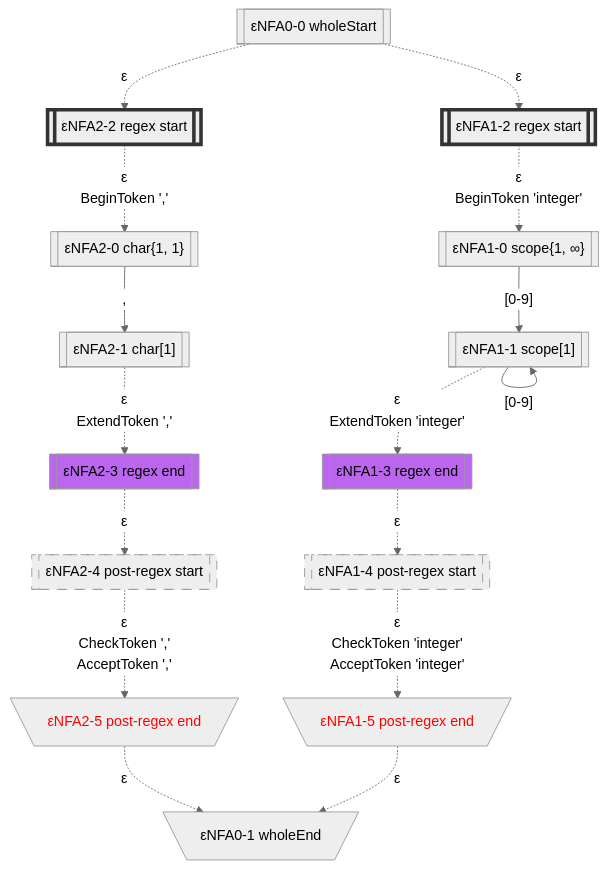
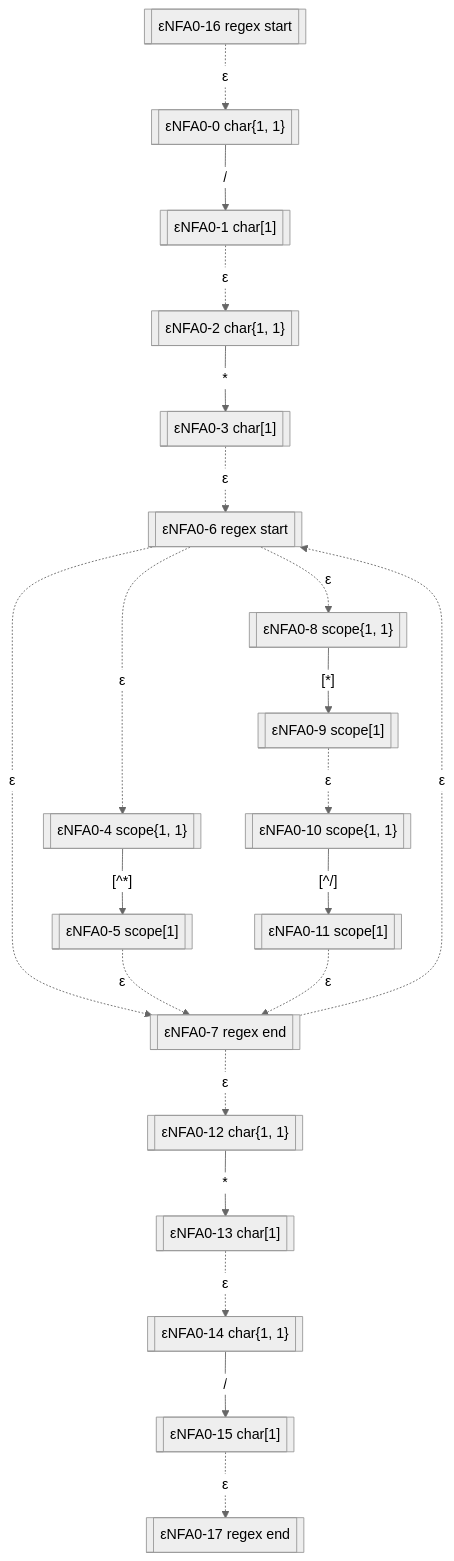
Before and after one commit to bitzhuwei/GrammarMentor: the fifth of 15 diagrams in Practices/Practice.GeneratedXxxFormat.Test/GeneratedInts2/LexicalAnalyzer/README.gen.md, drawn with Mermaid (neutral theme). The commit also changed other lines of this file and 3868 other files, not shown here.

````diff
--- a/Practices/Practice.GeneratedXxxFormat.Test/GeneratedInts2/LexicalAnalyzer/README.gen.md
+++ b/Practices/Practice.GeneratedXxxFormat.Test/GeneratedInts2/LexicalAnalyzer/README.gen.md
@@ -128,64 +126,56 @@
 ```Mermaid
 flowchart
 classDef c0001 color:#FF0000;
 classDef c0010 stroke-dasharray: 10 10;
 classDef c0011 stroke-dasharray: 10 10,color:#FF0000;
 classDef c0100 fill:#BB66EE;
 classDef c0101 fill:#BB66EE,color:#FF0000;
 classDef c0110 fill:#BB66EE,stroke-dasharray: 10 10;
 classDef c0111 fill:#BB66EE,stroke-dasharray: 10 10,color:#FF0000;
 classDef c1000 stroke:#333,stroke-width:4px;
 classDef c1001 stroke:#333,stroke-width:4px,color:#FF0000;
 classDef c1010 stroke:#333,stroke-width:4px,stroke-dasharray: 10 10;
 classDef c1011 stroke:#333,stroke-width:4px,stroke-dasharray: 10 10,color:#FF0000;
 classDef c1100 stroke:#333,stroke-width:4px,fill:#BB66EE;
 classDef c1101 stroke:#333,stroke-width:4px,fill:#BB66EE,color:#FF0000;
 classDef c1110 stroke:#333,stroke-width:4px,fill:#BB66EE,stroke-dasharray: 10 10;
 classDef c1111 stroke:#333,stroke-width:4px,fill:#BB66EE,stroke-dasharray: 10 10,color:#FF0000;
-eNFA0_0_29151421[["εNFA0-0 wholeStart"]]
-eNFA1_2_13756340[["εNFA1-2 regex start"]]
-class eNFA1_2_13756340 c1000;
-eNFA2_2_61036202[["εNFA2-2 regex start"]]
-class eNFA2_2_61036202 c1000;
-eNFA1_0_15082912[["εNFA1-0 scope{1, ∞}"]]
-eNFA2_0_2214586[["εNFA2-0 char{1, 1}"]]
-eNFA1_1_38958581[["εNFA1-1 scope[1]"]]
-eNFA2_1_19931282[["εNFA2-1 char[1]"]]
-eNFA1_3_1528482[["εNFA1-3 regex end"]]
-class eNFA1_3_1528482 c0100;
-eNFA2_3_45163810[["εNFA2-3 regex end"]]
-class eNFA2_3_45163810 c0100;
-eNFA1_4_56698199[["εNFA1-4 post-regex start"]]
-class eNFA1_4_56698199 c0010;
-eNFA2_4_3821108[["εNFA2-4 post-regex start"]]
-class eNFA2_4_3821108 c0010;
-eNFA1_5_40521749[\"εNFA1-5 post-regex end"/]
-class eNFA1_5_40521749 c0001;
-eNFA2_5_12454907[\"εNFA2-5 post-regex end"/]
-class eNFA2_5_12454907 c0001;
-eNFA0_1_44985307[\"εNFA0-1 wholeEnd"/]
-eNFA0_0_29151421 -.->|"ε"|eNFA1_2_13756340
-eNFA0_0_29151421 -.->|"ε"|eNFA2_2_61036202
-eNFA1_2_13756340 -.->|"ε
-BeginToken 'integer'"|eNFA1_0_15082912
-eNFA2_2_61036202 -.->|"ε
-BeginToken ','"|eNFA2_0_2214586
-eNFA1_0_15082912 -->|"[0-9]"|eNFA1_1_38958581
-eNFA2_0_2214586 -->|","|eNFA2_1_19931282
-eNFA1_1_38958581 -->|"[0-9]"|eNFA1_1_38958581
-eNFA1_1_38958581 -.->|"ε
-ExtendToken 'integer'"|eNFA1_3_1528482
-eNFA2_1_19931282 -.->|"ε
-ExtendToken ','"|eNFA2_3_45163810
-eNFA1_3_1528482 -.->|"ε"|eNFA1_4_56698199
-eNFA2_3_45163810 -.->|"ε"|eNFA2_4_3821108
-eNFA1_4_56698199 -.->|"ε
-CheckToken 'integer'
-AcceptToken 'integer'"|eNFA1_5_40521749
-eNFA2_4_3821108 -.->|"ε
-CheckToken ','
-AcceptToken ','"|eNFA2_5_12454907
-eNFA1_5_40521749 -.->|"ε"|eNFA0_1_44985307
-eNFA2_5_12454907 -.->|"ε"|eNFA0_1_44985307
-
+eNFA0_16_47250101[["εNFA0-16 regex start"]]
+eNFA0_0_22597726[["εNFA0-0 char{1, 1}"]]
+eNFA0_1_2052950[["εNFA0-1 char[1]"]]
+eNFA0_2_18476557[["εNFA0-2 char{1, 1}"]]
+eNFA0_3_14114947[["εNFA0-3 char[1]"]]
+eNFA0_6_35656026[["εNFA0-6 regex start"]]
+eNFA0_4_2456979[["εNFA0-4 scope{1, 1}"]]
+eNFA0_8_52468780[["εNFA0-8 scope{1, 1}"]]
+eNFA0_7_64797609[["εNFA0-7 regex end"]]
+eNFA0_5_46307570[["εNFA0-5 scope[1]"]]
+eNFA0_9_33464950[["εNFA0-9 scope[1]"]]
+eNFA0_12_59925661[["εNFA0-12 char{1, 1}"]]
+eNFA0_10_50448354[["εNFA0-10 scope{1, 1}"]]
+eNFA0_13_51382007[["εNFA0-13 char[1]"]]
+eNFA0_11_22112815[["εNFA0-11 scope[1]"]]
+eNFA0_14_59784887[["εNFA0-14 char{1, 1}"]]
+eNFA0_15_10737664[["εNFA0-15 char[1]"]]
+eNFA0_17_29530116[["εNFA0-17 regex end"]]
+eNFA0_16_47250101 -.->|"ε"|eNFA0_0_22597726
+eNFA0_0_22597726 -->|"/"|eNFA0_1_2052950
+eNFA0_1_2052950 -.->|"ε"|eNFA0_2_18476557
+eNFA0_2_18476557 -->|"*"|eNFA0_3_14114947
+eNFA0_3_14114947 -.->|"ε"|eNFA0_6_35656026
+eNFA0_6_35656026 -.->|"ε"|eNFA0_4_2456979
+eNFA0_6_35656026 -.->|"ε"|eNFA0_8_52468780
+eNFA0_6_35656026 -.->|"ε"|eNFA0_7_64797609
+eNFA0_4_2456979 -->|"[^*]"|eNFA0_5_46307570
+eNFA0_8_52468780 -->|"[*]"|eNFA0_9_33464950
+eNFA0_7_64797609 -.->|"ε"|eNFA0_6_35656026
+eNFA0_7_64797609 -.->|"ε"|eNFA0_12_59925661
+eNFA0_5_46307570 -.->|"ε"|eNFA0_7_64797609
+eNFA0_9_33464950 -.->|"ε"|eNFA0_10_50448354
+eNFA0_12_59925661 -->|"*"|eNFA0_13_51382007
+eNFA0_10_50448354 -->|"[^/]"|eNFA0_11_22112815
+eNFA0_13_51382007 -.->|"ε"|eNFA0_14_59784887
+eNFA0_11_22112815 -.->|"ε"|eNFA0_7_64797609
+eNFA0_14_59784887 -->|"/"|eNFA0_15_10737664
+eNFA0_15_10737664 -.->|"ε"|eNFA0_17_29530116
 ```
````
